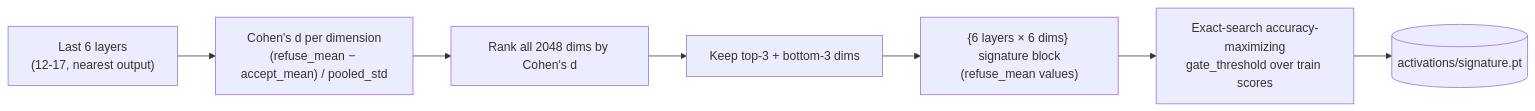
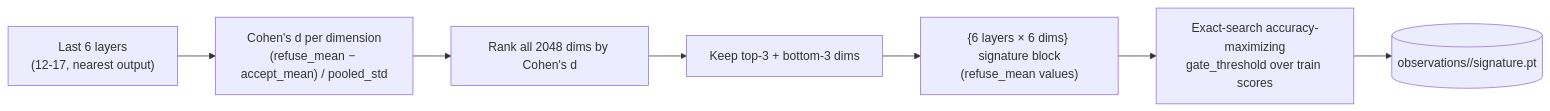
One commit to Palani-SN/abliteration-et-constitutional-classifier changed the third of 4 diagrams in README.md. Above: the diagram before and after it, drawn with Mermaid. The commit also changed other lines of this file and 933 other files, not shown here.

````diff
--- a/README.md
+++ b/README.md
@@ -376,9 +447,9 @@
 ```mermaid
 flowchart LR
     L["Last 6 layers<br/>(12-17, nearest output)"] --> CD["Cohen's d per dimension<br/>(refuse_mean − accept_mean) / pooled_std"]
     CD --> RANK["Rank all 2048 dims by Cohen's d"]
     RANK --> TOP["Keep top-3 + bottom-3 dims"]
     TOP --> SIG["{6 layers × 6 dims} signature block<br/>(refuse_mean values)"]
     SIG --> GT["Exact-search accuracy-maximizing<br/>gate_threshold over train scores"]
-    GT --> SAVE[("activations/signature.pt")]
+    GT --> SAVE[("observations/<model_key>/signature.pt")]
 ```
````
